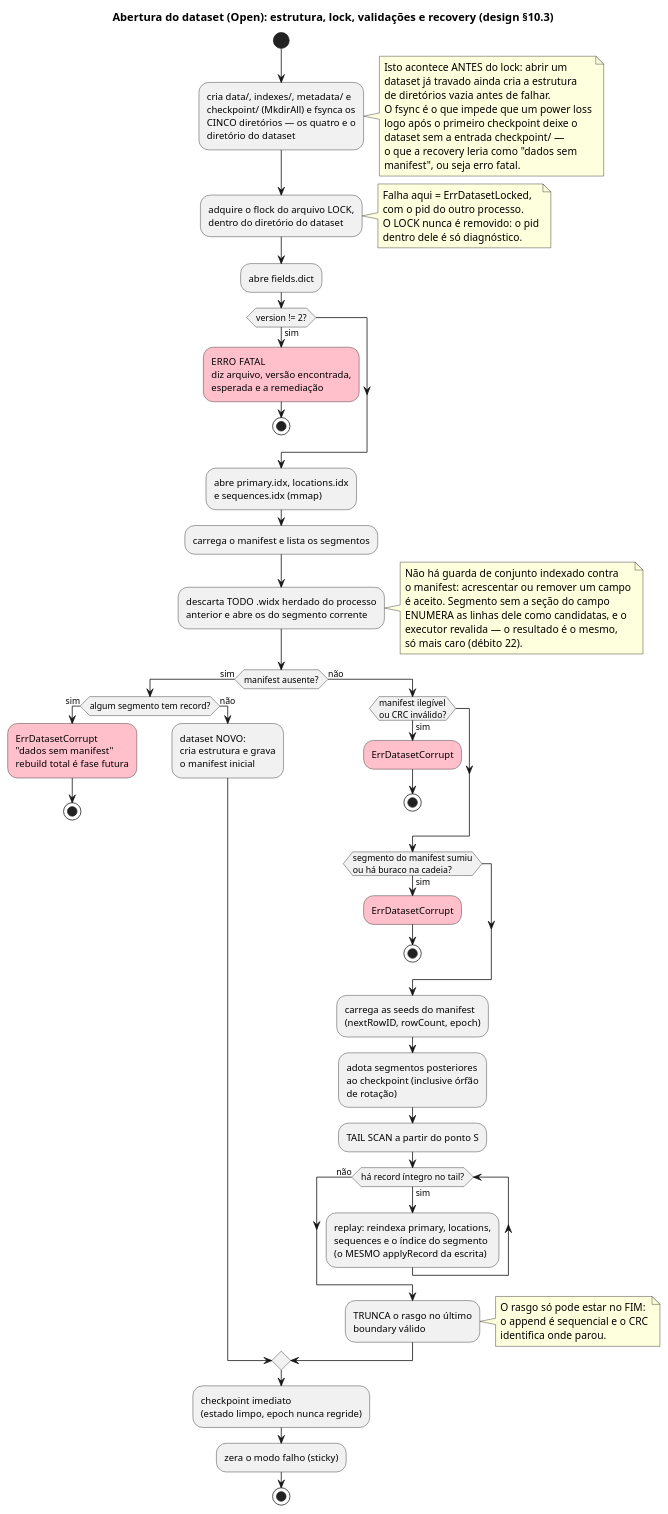
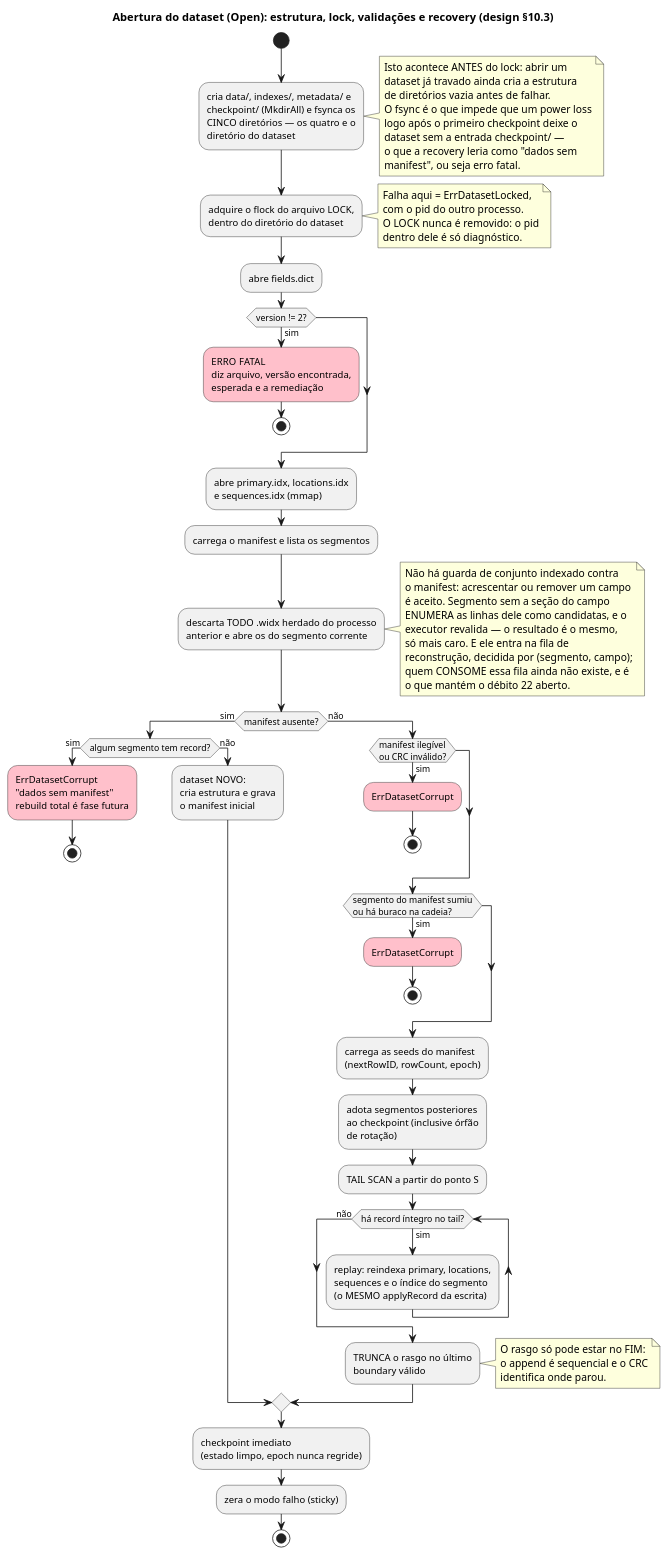
Before and after one commit to nishisan-dev/nishidb: the diagram in docs/diagrams/recovery_flow.puml, drawn with PlantUML. The commit also changed 13 other files, not shown here.

```diff
--- a/docs/diagrams/recovery_flow.puml
+++ b/docs/diagrams/recovery_flow.puml
@@ -1,85 +1,88 @@
 @startuml recovery_flow
 title Abertura do dataset (Open): estrutura, lock, validações e recovery (design §10.3)
 
 start
 :cria data/, indexes/, metadata/ e
 checkpoint/ (MkdirAll) e fsynca os
 CINCO diretórios — os quatro e o
 diretório do dataset;
 note right
   Isto acontece ANTES do lock: abrir um
   dataset já travado ainda cria a estrutura
   de diretórios vazia antes de falhar.
   O fsync é o que impede que um power loss
   logo após o primeiro checkpoint deixe o
   dataset sem a entrada checkpoint/ —
   o que a recovery leria como "dados sem
   manifest", ou seja erro fatal.
 end note
 
 :adquire o flock do arquivo LOCK,
 dentro do diretório do dataset;
 note right
   Falha aqui = ErrDatasetLocked,
   com o pid do outro processo.
   O LOCK nunca é removido: o pid
   dentro dele é só diagnóstico.
 end note
 
 :abre fields.dict;
 if (version != 2?) then (sim)
   #pink:ERRO FATAL\ndiz arquivo, versão encontrada,\nesperada e a remediação;
   stop
 endif
 
 :abre primary.idx, locations.idx
 e sequences.idx (mmap);
 :carrega o manifest e lista os segmentos;
 
 :descarta TODO .widx herdado do processo
 anterior e abre os do segmento corrente;
 
 note right
   Não há guarda de conjunto indexado contra
   o manifest: acrescentar ou remover um campo
   é aceito. Segmento sem a seção do campo
   ENUMERA as linhas dele como candidatas, e o
   executor revalida — o resultado é o mesmo,
-  só mais caro (débito 22).
+  só mais caro. E ele entra na fila de
+  reconstrução, decidida por (segmento, campo);
+  quem CONSOME essa fila ainda não existe, e é
+  o que mantém o débito 22 aberto.
 end note
 
 if (manifest ausente?) then (sim)
   if (algum segmento tem record?) then (sim)
     #pink:ErrDatasetCorrupt\n"dados sem manifest"\nrebuild total é fase futura;
     stop
   else (não)
     :dataset NOVO:\ncria estrutura e grava\no manifest inicial;
   endif
 else (não)
   if (manifest ilegível\nou CRC inválido?) then (sim)
     #pink:ErrDatasetCorrupt;
     stop
   endif
   if (segmento do manifest sumiu\nou há buraco na cadeia?) then (sim)
     #pink:ErrDatasetCorrupt;
     stop
   endif
 
   :carrega as seeds do manifest\n(nextRowID, rowCount, epoch);
   :adota segmentos posteriores\nao checkpoint (inclusive órfão\nde rotação);
   :TAIL SCAN a partir do ponto S;
   while (há record íntegro no tail?) is (sim)
     :replay: reindexa primary, locations,\nsequences e o índice do segmento\n(o MESMO applyRecord da escrita);
   endwhile (não)
   :TRUNCA o rasgo no último\nboundary válido;
   note right
     O rasgo só pode estar no FIM:
     o append é sequencial e o CRC
     identifica onde parou.
   end note
 endif
 
 :checkpoint imediato\n(estado limpo, epoch nunca regride);
 :zera o modo falho (sticky);
 stop
 @enduml
```
